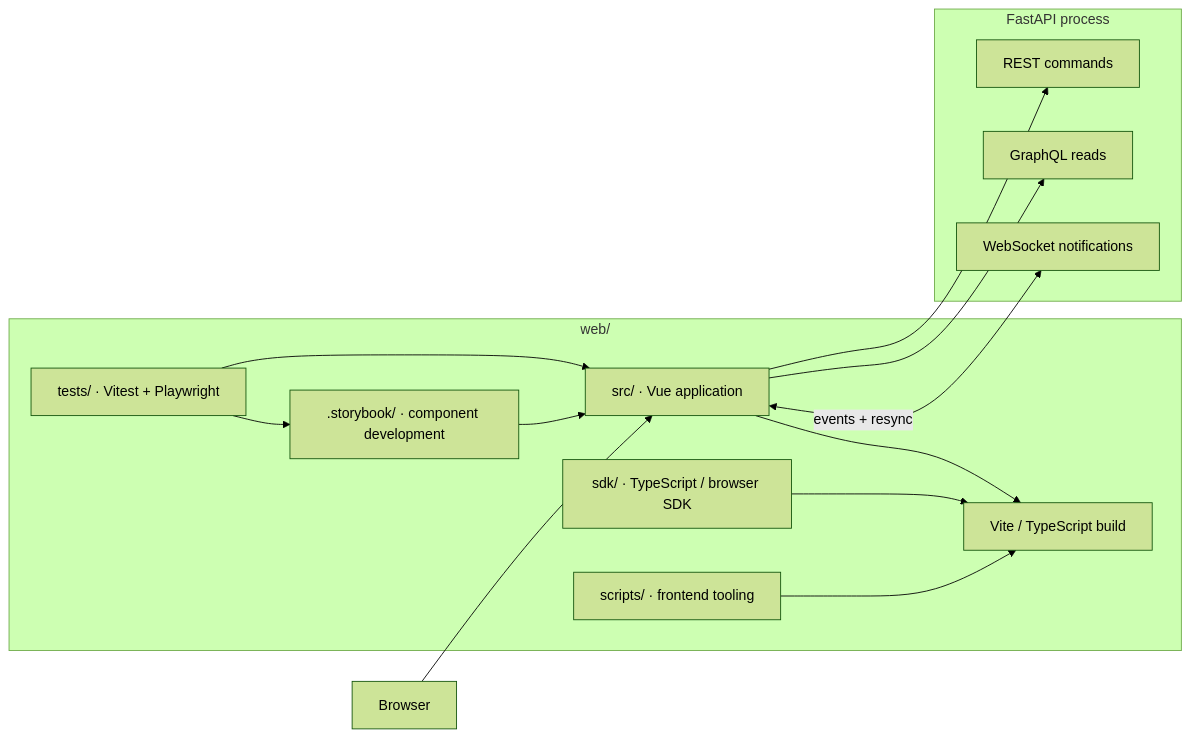
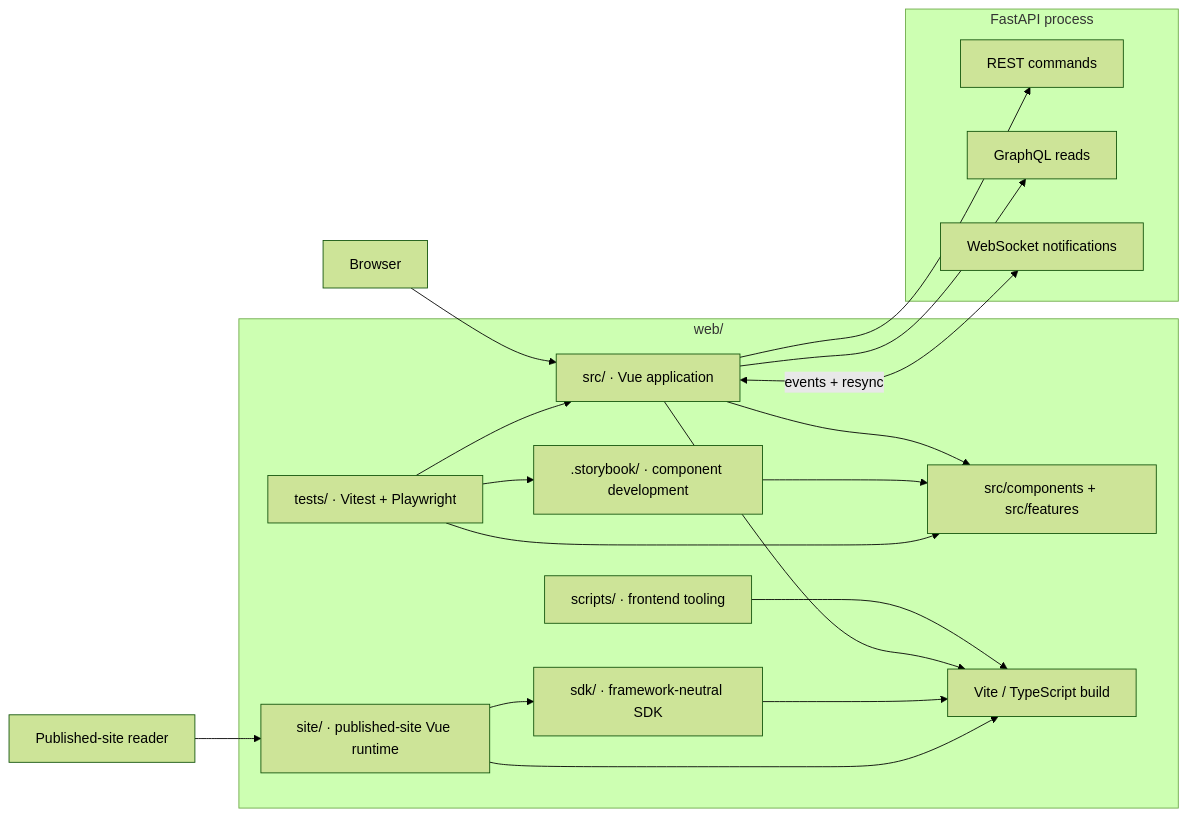
The diagram in web/README.md (ajschlosser/DerridAI), drawn with Mermaid (forest theme) before and after one commit. The commit also changed other lines of this file, not shown here.

````diff
--- a/web/README.md
+++ b/web/README.md
@@ -29,31 +29,39 @@
 ```mermaid
 flowchart LR
     User[Browser]
+    PublishedUser["Published-site reader"]
 
     subgraph Web["web/"]
         App["src/ · Vue application"]
+        UI["src/components + src/features"]
         Storybook[".storybook/ · component development"]
-        SDK["sdk/ · TypeScript / browser SDK"]
+        SDK["sdk/ · framework-neutral SDK"]
+        Site["site/ · published-site Vue runtime"]
         Tests["tests/ · Vitest + Playwright"]
         Scripts["scripts/ · frontend tooling"]
         Build["Vite / TypeScript build"]
     end
 
     subgraph API["FastAPI process"]
         REST["REST commands"]
         GQL["GraphQL reads"]
         WS["WebSocket notifications"]
     end
 
     User --> App
+    App --> UI
     App --> REST
     App --> GQL
     App <-->|events + resync| WS
 
-    Storybook --> App
+    PublishedUser --> Site
+    Site --> SDK
+    Storybook --> UI
     Tests --> App
+    Tests --> UI
     Tests --> Storybook
     Scripts --> Build
     App --> Build
     SDK --> Build
+    Site --> Build
 ```
````
